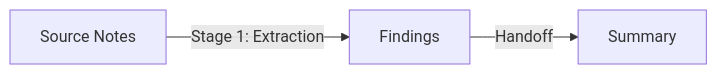
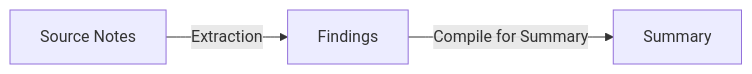
One commit to Mikhail-Shakhnazarov/earmark-kernel changed the diagram in docs/tutorials/research-synthesis-demo.md. Above: the diagram before and after it, drawn with Mermaid. The commit also changed other lines of this file and 3 other files, not shown here.

````diff
--- a/docs/tutorials/research-synthesis-demo.md
+++ b/docs/tutorials/research-synthesis-demo.md
@@ -9,5 +9,5 @@
 ```mermaid
 flowchart LR
-    SN[Source Notes] -->|Stage 1: Extraction| F[Findings]
-    F -->|Handoff| S[Summary]
+    SN[Source Notes] -->|Extraction| F[Findings]
+    F -->|Compile for Summary| Summary
 ```
````
